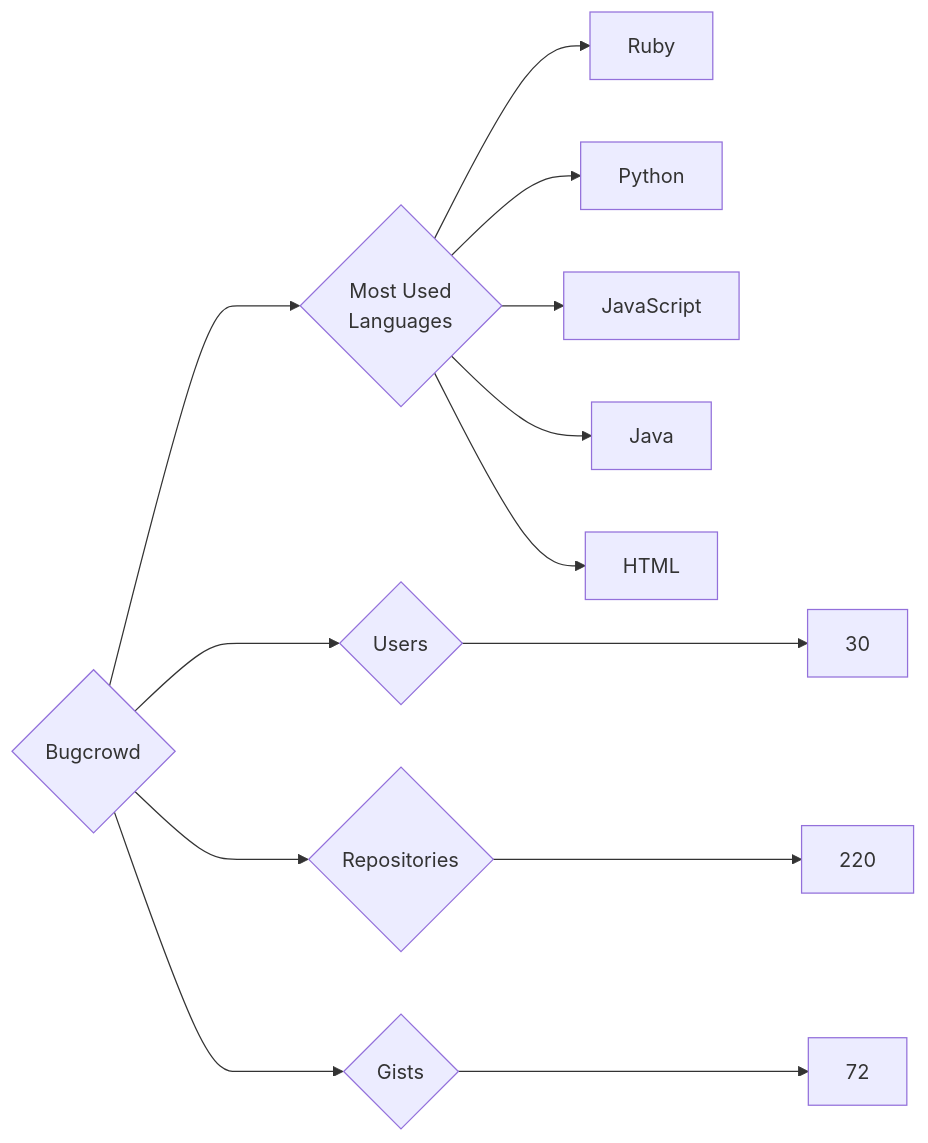
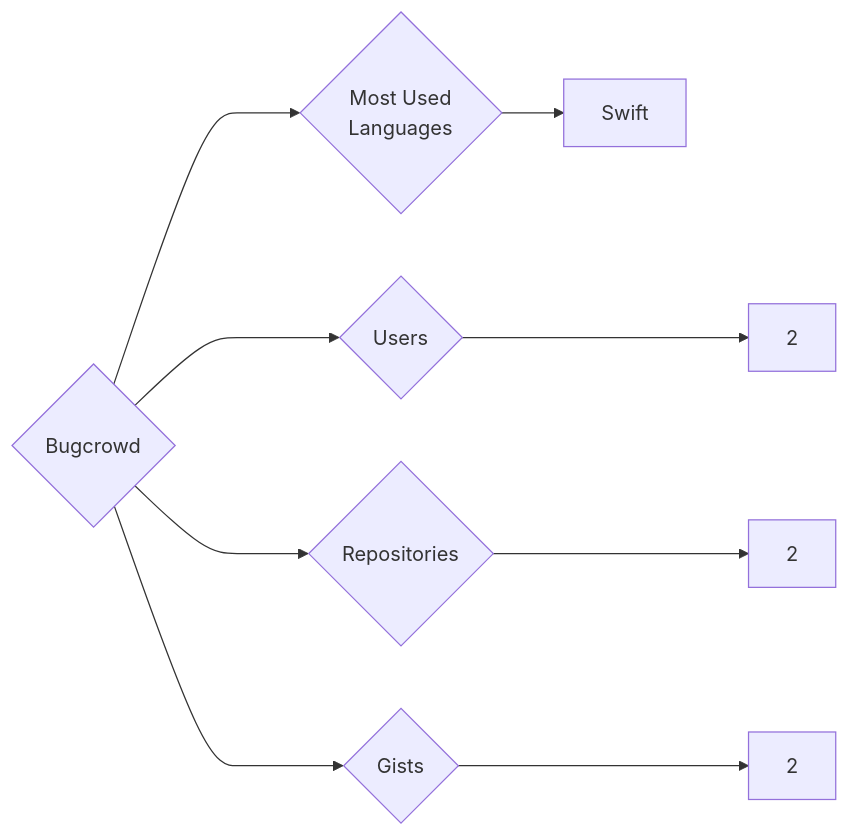
Before and after one commit to trickest/insiders: the diagram in targets/Bugcrowd/README.md, drawn with Mermaid. The commit also changed 826 other files, not shown here.

````diff
--- a/targets/Bugcrowd/README.md
+++ b/targets/Bugcrowd/README.md
@@ -3,13 +3,9 @@
 ```mermaid
 graph LR
 COMPANY_NAME{Bugcrowd}
-COMPANY_NAME ---> U{Users} ---> UN[30]
-COMPANY_NAME ---> R{Repositories} ---> RN[220]
-COMPANY_NAME ---> G{Gists} ---> GN[72]
+COMPANY_NAME ---> U{Users} ---> UN[2]
+COMPANY_NAME ---> R{Repositories} ---> RN[2]
+COMPANY_NAME ---> G{Gists} ---> GN[2]
 COMPANY_NAME ---> ML{Most Used<br>Languages}
-ML --> Ruby[Ruby]
-ML --> Python[Python]
-ML --> JavaScript[JavaScript]
-ML --> Java[Java]
-ML --> HTML[HTML]
+ML --> Swift[Swift]
 ```
````
